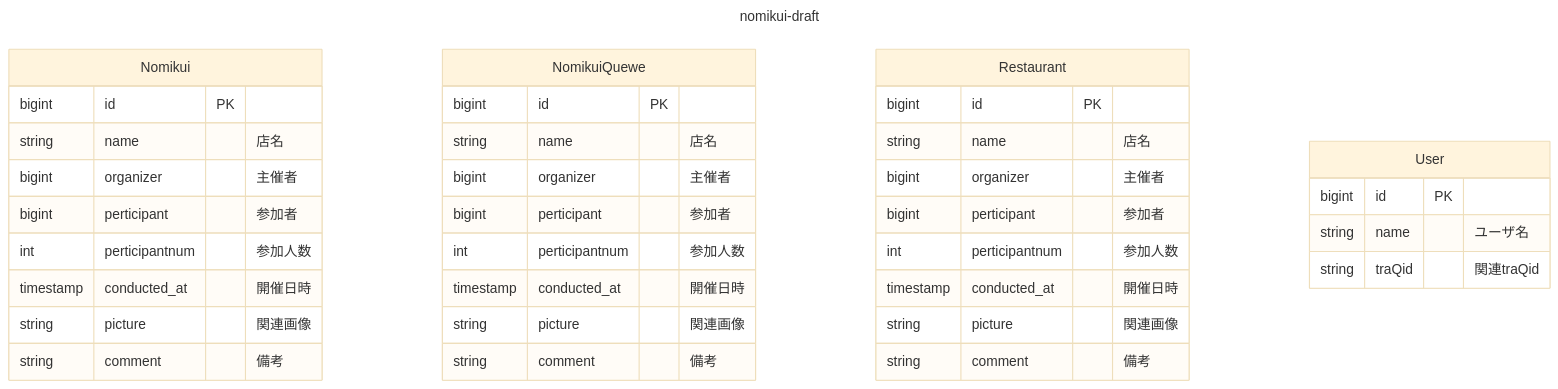
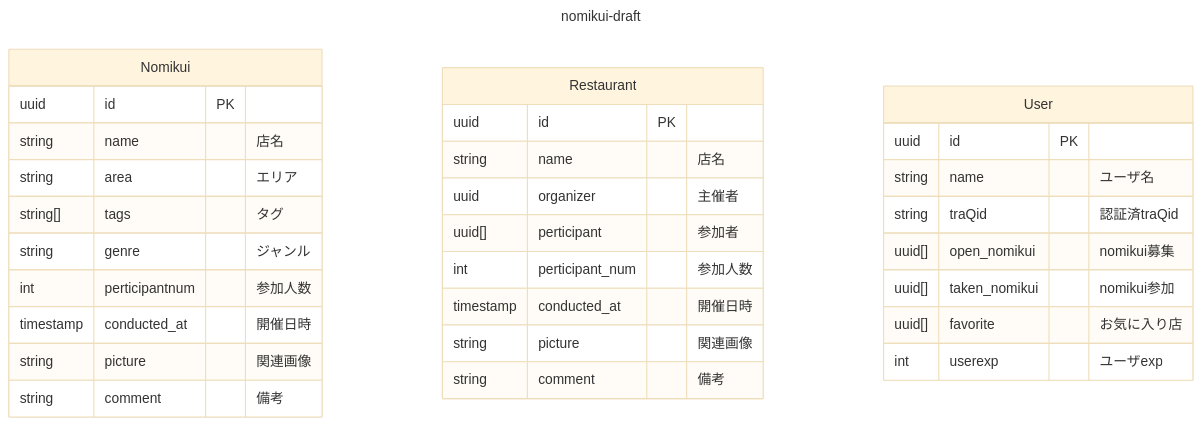
One commit to alter334/nomikui-match changed the diagram in DB.md. Above: the diagram before and after it, drawn with Mermaid (base theme). The commit also changed other lines of this file, not shown here.

Commit message:
draftの完成

````diff
--- a/DB.md
+++ b/DB.md
@@ -43,45 +33,40 @@
 ```mermaid
 ---
 title: nomikui-draft
 ---
 erDiagram
+
   Nomikui {
-    bigint id PK
+    uuid id PK
     string name "店名"
-    bigint organizer "主催者"
-    bigint perticipant "参加者"
-    int perticipantnum "参加人数"
-    timestamp conducted_at "開催日時"
-    string picture "関連画像"
-    string comment "備考"
-  }
-
-  NomikuiQuewe {
-    bigint id PK
-    string name "店名"
-    bigint organizer "主催者"
-    bigint perticipant "参加者"
+    string area "エリア"
+    string[] tags"タグ"
+    string genre "ジャンル"
     int perticipantnum "参加人数"
     timestamp conducted_at "開催日時"
     string picture "関連画像"
     string comment "備考"
   }
 
   Restaurant {
-    bigint id PK
+    uuid id PK
     string name "店名"
-    bigint organizer "主催者"
-    bigint perticipant "参加者"
-    int perticipantnum "参加人数"
+    uuid organizer "主催者"
+    uuid[] perticipant "参加者"
+    int perticipant_num "参加人数"
     timestamp conducted_at "開催日時"
     string picture "関連画像"
     string comment "備考"
   }
 
   User {
-    bigint id PK
+    uuid id PK
     string name "ユーザ名"
-    string traQid "関連traQid"
+    string traQid "認証済traQid"
+    uuid[] open_nomikui "nomikui募集"
+    uuid[] taken_nomikui "nomikui参加"
+    uuid[] favorite "お気に入り店"
+    int userexp "ユーザexp"
   
   }
 ```
````
